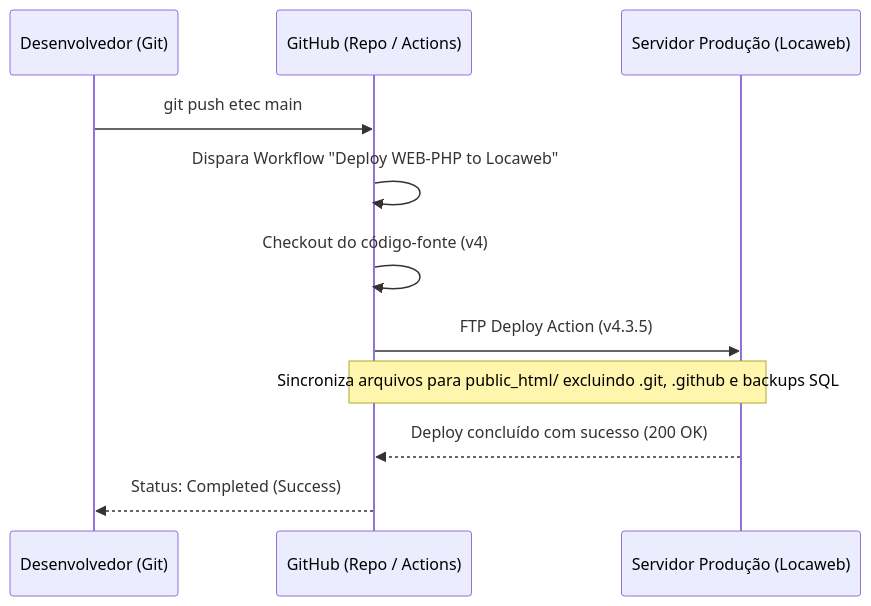
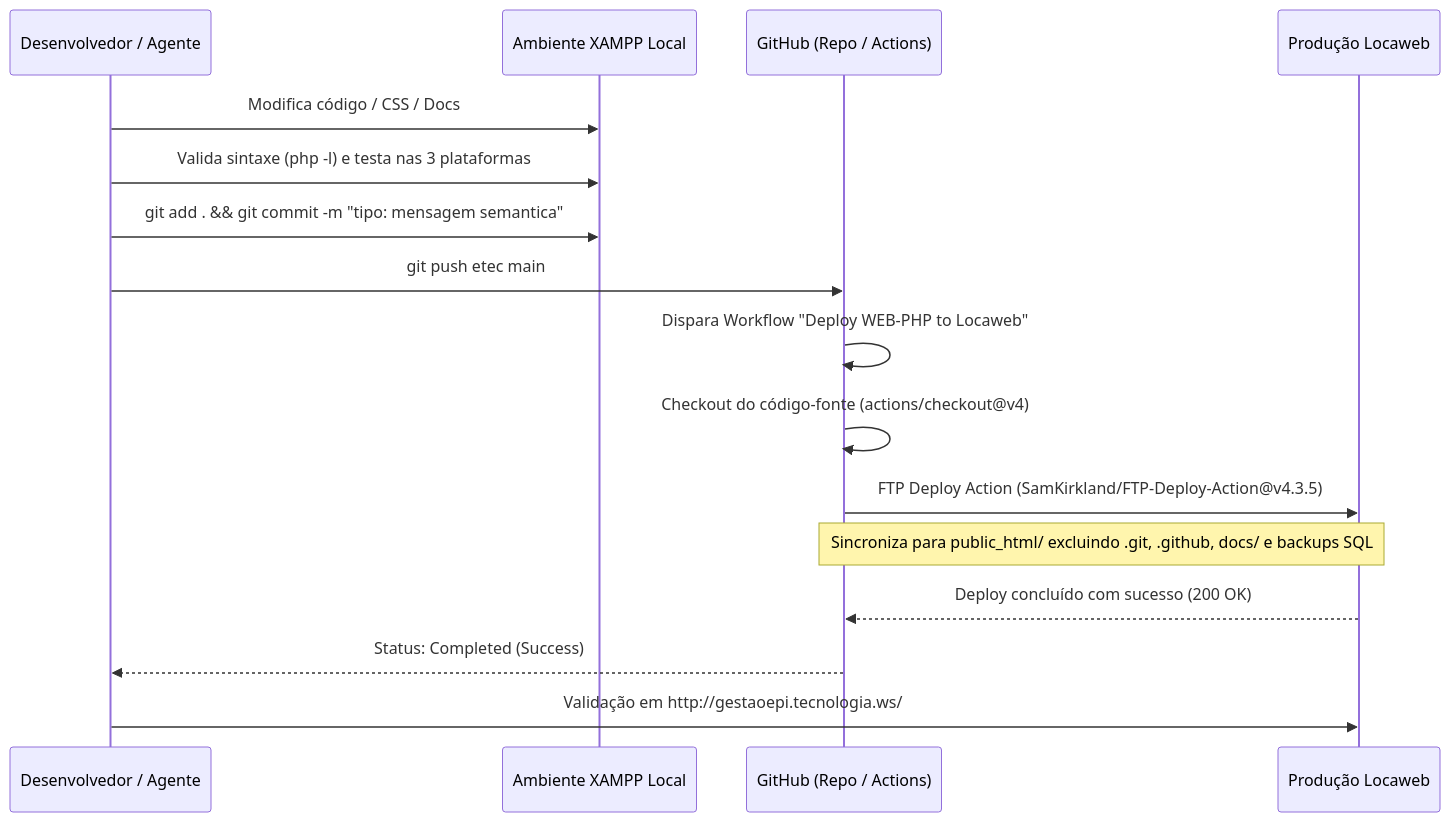
The diagram in docs/GUIA_DE_IMPLANTACAO_E_DEVOPS.md (projetoEtec26/gestao_epi_web), drawn with Mermaid before and after one commit. The commit also changed other lines of this file and 8 other files, not shown here.

````diff
--- a/docs/GUIA_DE_IMPLANTACAO_E_DEVOPS.md
+++ b/docs/GUIA_DE_IMPLANTACAO_E_DEVOPS.md
@@ -72,14 +100,19 @@
 ```mermaid
 sequenceDiagram
-    participant Dev as Desenvolvedor (Git)
+    participant Dev as Desenvolvedor / Agente
+    participant Local as Ambiente XAMPP Local
     participant GH as GitHub (Repo / Actions)
-    participant Prod as Servidor Produção (Locaweb)
+    participant Prod as Produção Locaweb
 
+    Dev->>Local: Modifica código / CSS / Docs
+    Dev->>Local: Valida sintaxe (php -l) e testa nas 3 plataformas
+    Dev->>Local: git add . && git commit -m "tipo: mensagem semantica"
     Dev->>GH: git push etec main
     GH->>GH: Dispara Workflow "Deploy WEB-PHP to Locaweb"
-    GH->>GH: Checkout do código-fonte (v4)
-    GH->>Prod: FTP Deploy Action (v4.3.5)
-    Note over GH,Prod: Sincroniza arquivos para public_html/ excluindo .git, .github e backups SQL
+    GH->>GH: Checkout do código-fonte (actions/checkout@v4)
+    GH->>Prod: FTP Deploy Action (SamKirkland/FTP-Deploy-Action@v4.3.5)
+    Note over GH,Prod: Sincroniza para public_html/ excluindo .git, .github, docs/ e backups SQL
     Prod-->>GH: Deploy concluído com sucesso (200 OK)
     GH-->>Dev: Status: Completed (Success)
+    Dev->>Prod: Validação em http://gestaoepi.tecnologia.ws/
 ```
````
